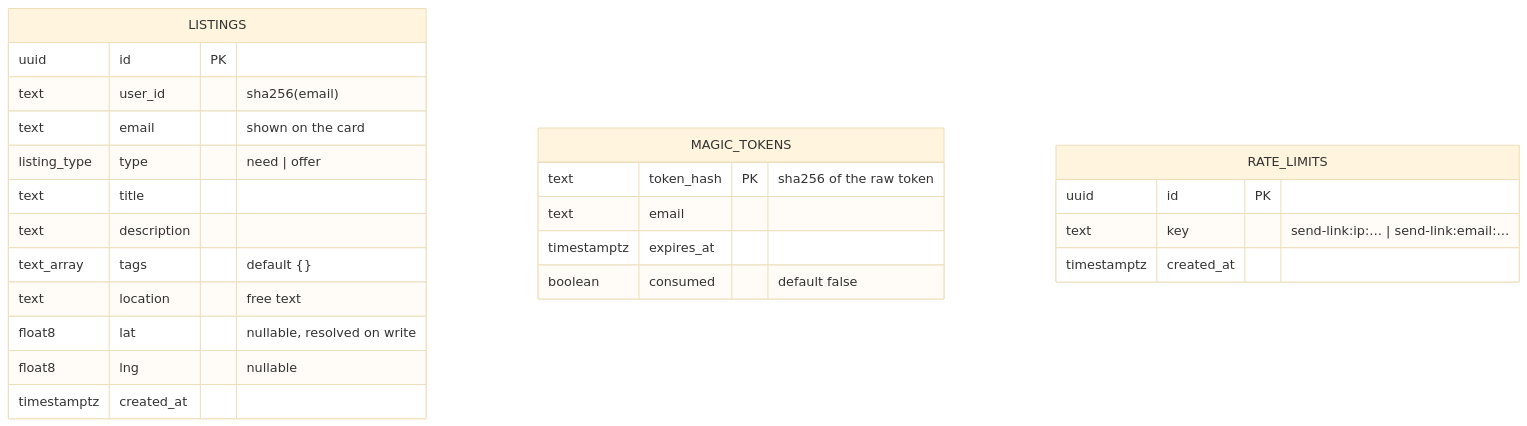
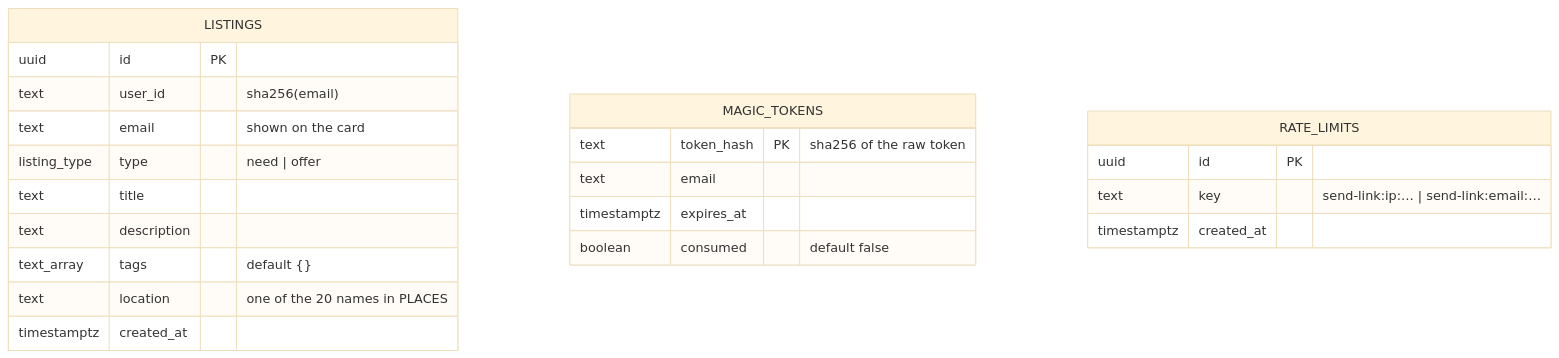
The sixth of 12 diagrams in README.md (InnoLab-2026/FeedmyFrog), drawn with Mermaid (base theme) before and after one commit. The commit also changed other lines of this file and 20 other files, not shown here.

````diff
--- a/README.md
+++ b/README.md
@@ -535,27 +534,25 @@
 ```mermaid
 erDiagram
     LISTINGS {
         uuid        id PK
         text        user_id  "sha256(email)"
         text        email    "shown on the card"
         listing_type type    "need | offer"
         text        title
         text        description
         text_array  tags     "default {}"
-        text        location "free text"
-        float8      lat      "nullable, resolved on write"
-        float8      lng      "nullable"
+        text        location "one of the 20 names in PLACES"
         timestamptz created_at
     }
     MAGIC_TOKENS {
         text        token_hash PK "sha256 of the raw token"
         text        email
         timestamptz expires_at
         boolean     consumed "default false"
     }
     RATE_LIMITS {
         uuid        id PK
         text        key "send-link:ip:… | send-link:email:…"
         timestamptz created_at
     }
 ```
````
